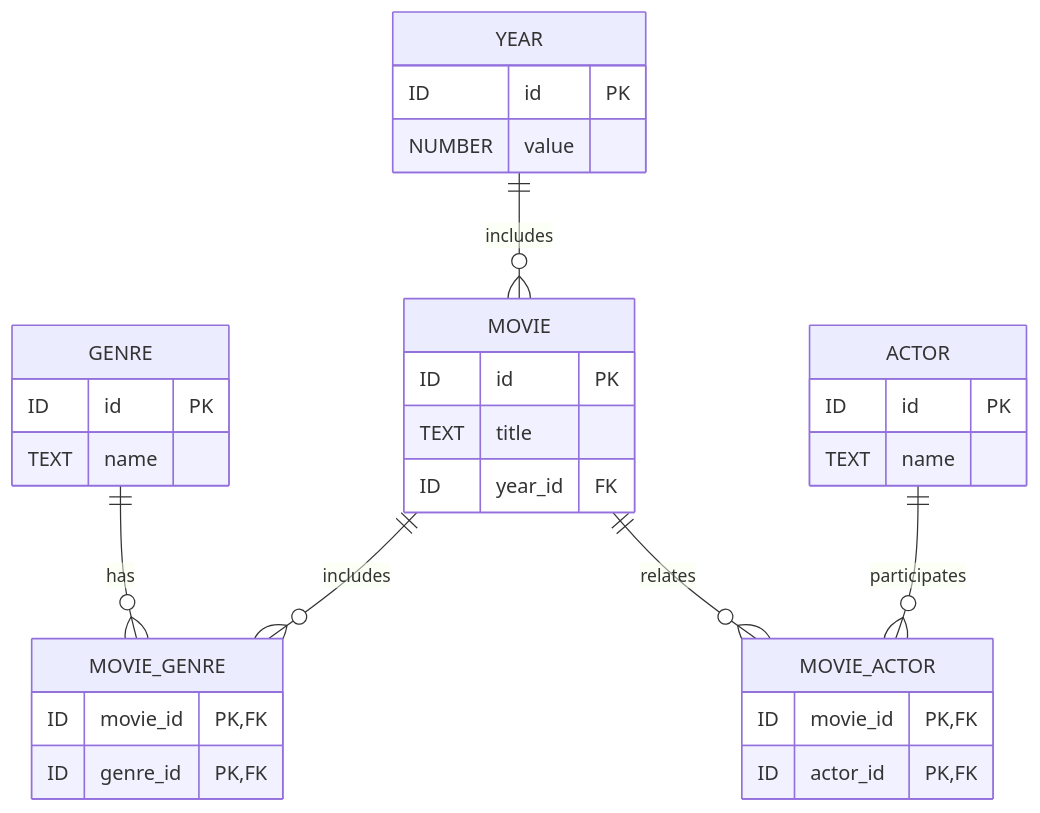
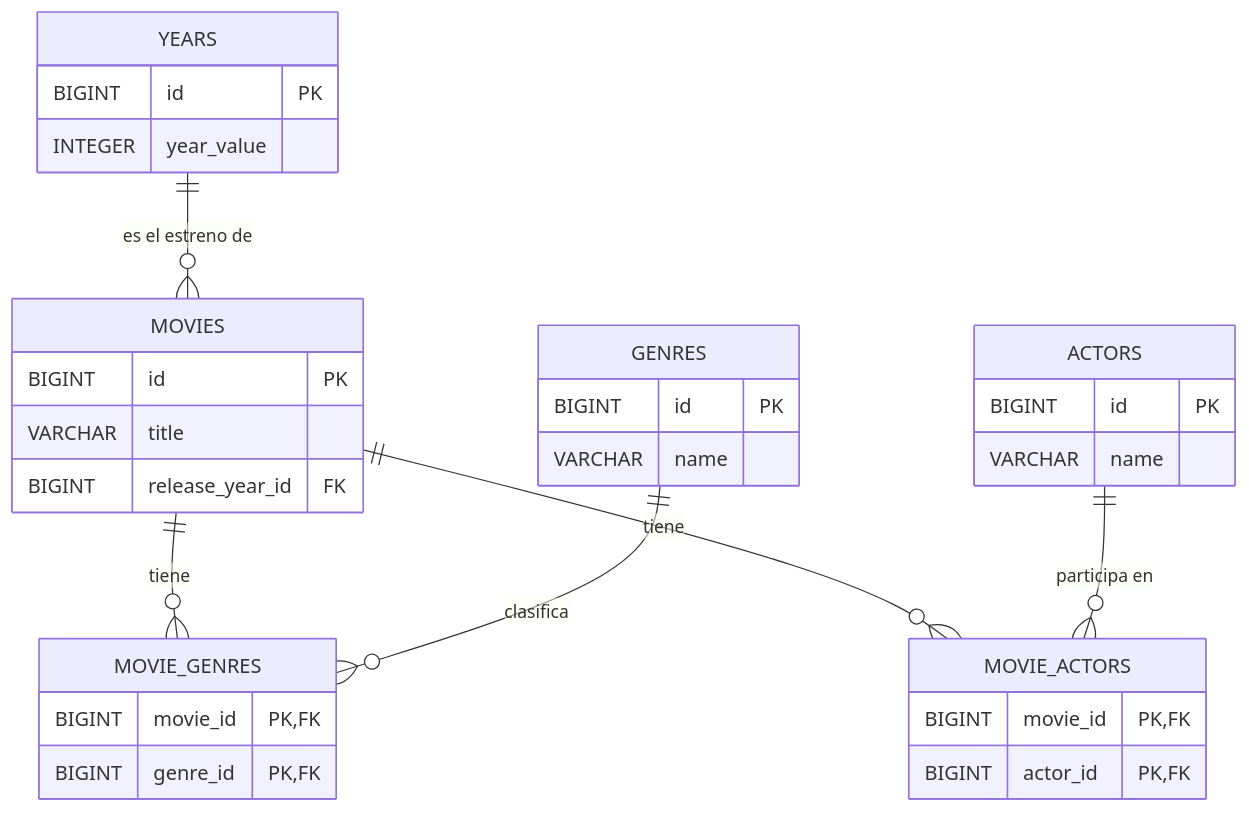
Before and after one commit to zookatt/api-movie: the diagram in docs/diagrama-patas-gallo.mmd, drawn with Mermaid. The commit also changed other lines of this file and 1 other file, not shown here.

Commit message:
docs(database): update relationship diagrams

```diff
--- a/docs/diagrama-patas-gallo.mmd
+++ b/docs/diagrama-patas-gallo.mmd
@@ -1,37 +1,37 @@
 erDiagram
-    GENRE ||--o{ MOVIE_GENRE : has
-    MOVIE ||--o{ MOVIE_GENRE : includes
-    YEAR ||--o{ MOVIE : includes
-    MOVIE ||--o{ MOVIE_ACTOR : relates
-    ACTOR ||--o{ MOVIE_ACTOR : participates
+    YEARS ||--o{ MOVIES : "es el estreno de"
+    MOVIES ||--o{ MOVIE_GENRES : "tiene"
+    GENRES ||--o{ MOVIE_GENRES : "clasifica"
+    MOVIES ||--o{ MOVIE_ACTORS : "tiene"
+    ACTORS ||--o{ MOVIE_ACTORS : "participa en"
 
-    GENRE {
-        ID id PK
-        TEXT name
+    MOVIES {
+        BIGINT id PK
+        VARCHAR title
+        BIGINT release_year_id FK
     }
 
-   YEAR {
-        ID id PK
-        NUMBER value
+    YEARS {
+        BIGINT id PK
+        INTEGER year_value
     }
 
-    MOVIE {
-        ID id PK
-        TEXT title
-        ID year_id FK
+    GENRES {
+        BIGINT id PK
+        VARCHAR name
     }
 
-    MOVIE_GENRE {
-        ID movie_id PK, FK
-        ID genre_id PK, FK
+    ACTORS {
+        BIGINT id PK
+        VARCHAR name
     }
 
-    ACTOR {
-        ID id PK
-        TEXT name
+    MOVIE_GENRES {
+        BIGINT movie_id PK, FK
+        BIGINT genre_id PK, FK
     }
 
-    MOVIE_ACTOR {
-        ID movie_id PK, FK
-        ID actor_id PK, FK
+    MOVIE_ACTORS {
+        BIGINT movie_id PK, FK
+        BIGINT actor_id PK, FK
     }
```
